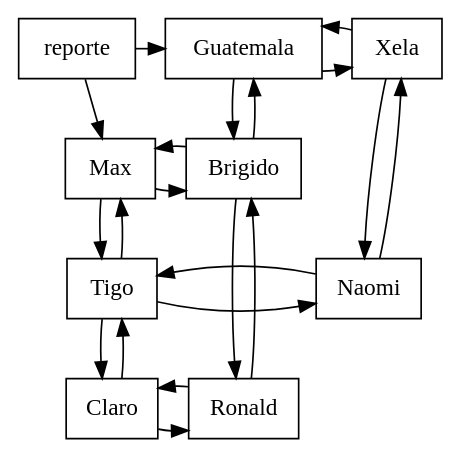
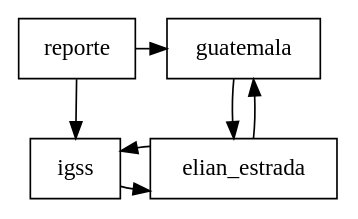
The diagram in proyecyo-1/cmake-build-debug/reporte_matriz_dispersa.dot (BrigidoAlvarado/proyecto-1-EDD-EVD-24), drawn with Graphviz before and after one commit. The commit also changed 114 other files, not shown here.

```diff
--- a/proyecyo-1/cmake-build-debug/reporte_matriz_dispersa.dot
+++ b/proyecyo-1/cmake-build-debug/reporte_matriz_dispersa.dot
@@ -1,32 +1,16 @@
 digraph SparseMatrix {
 node [shape=box];
     // Cabeceras Horizontales
-    "reporte" -> "Guatemala";
-    "Guatemala" -> "Xela";
-    "Xela" -> "Guatemala";
+    "reporte" -> "guatemala";
     // Coneccion entre filas
-    "Max" -> Brigido;
-    "Brigido" -> Max;
-    "Tigo" -> Naomi;
-    "Naomi" -> Tigo;
-    "Claro" -> Ronald;
-    "Ronald" -> Claro;
+    "igss" -> elian_estrada;
+    "elian_estrada" -> igss;
     // Cabeceras Verticales
-    "reporte" -> "Max";
-    "Max" -> "Tigo";
-    "Tigo" -> "Max";
-    "Tigo" -> "Claro";
-    "Claro" -> "Tigo";
+    "reporte" -> "igss";
     // Coneccion entre filas
-    "Guatemala" -> Brigido;
-    "Brigido" -> Guatemala;
-    "Brigido" -> Ronald;
-    "Ronald" -> Brigido;
-    "Xela" -> Naomi;
-    "Naomi" -> Xela;
+    "guatemala" -> elian_estrada;
+    "elian_estrada" -> guatemala;
     // Encuadre
-    { rank=same; reporte; Guatemala; Xela; }
-    { rank=same; Max; Brigido; }
-    { rank=same; Tigo; Naomi; }
-    { rank=same; Claro; Ronald; }
+    { rank=same; reporte; guatemala; }
+    { rank=same; igss; elian_estrada; }
 }
```
